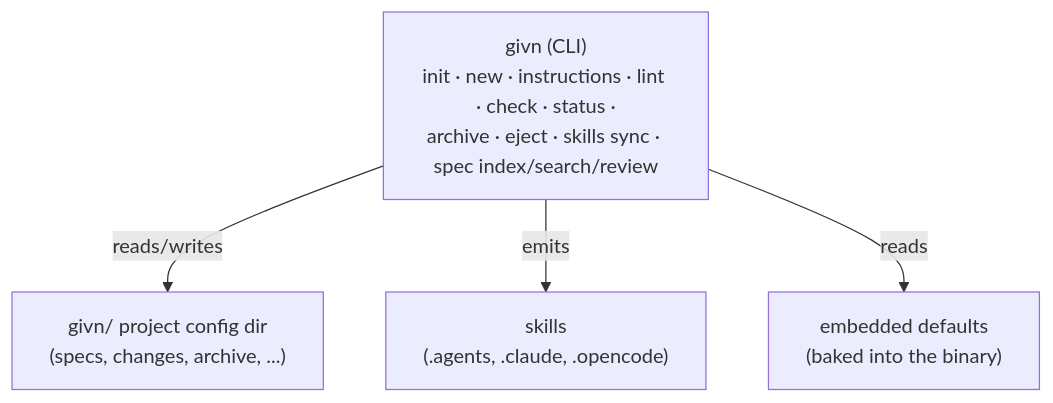
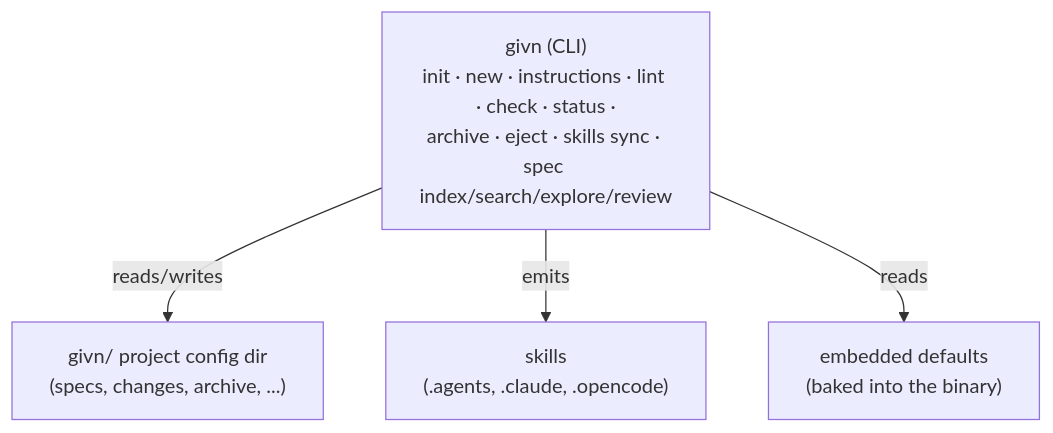
The diagram in docs/arc42/03-context-and-scope.md (buster/givn), drawn with Mermaid before and after one commit. The commit also changed other lines of this file and 25 other files, not shown here.

Commit message:
feat(spec): explore permanent scenarios before creation

````diff
--- a/docs/arc42/03-context-and-scope.md
+++ b/docs/arc42/03-context-and-scope.md
@@ -9,11 +9,11 @@
 ```mermaid
 graph TB
-    CLI["givn (CLI)<br/>init · new · instructions · lint · check · status ·<br/>archive · eject · skills sync · spec index/search/review"]
+    CLI["givn (CLI)<br/>init · new · instructions · lint · check · status ·<br/>archive · eject · skills sync · spec index/search/explore/review"]
     PROJECT["givn/ project config dir<br/>(specs, changes, archive, ...)"]
     SKILLS["skills<br/>(.agents, .claude, .opencode)"]
     EMBEDDED["embedded defaults<br/>(baked into the binary)"]
 
     CLI -->|reads/writes| PROJECT
     CLI -->|emits| SKILLS
     CLI -->|reads| EMBEDDED
 ```
````
